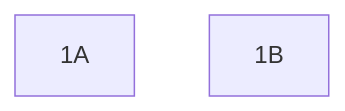
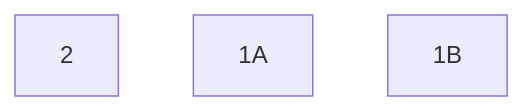
The diagram in README_BACKEND.md (smg-real-estate/Fullstack-React-Express-Assignment), drawn with Mermaid before and after one commit. The commit also changed other lines of this file and 4 other files, not shown here.

````diff
--- a/README_BACKEND.md
+++ b/README_BACKEND.md
@@ -16,5 +16,6 @@
 ```mermaid
 graph TD;
-    1A
+    1A;
     1B;
+    2;
 ```
````
